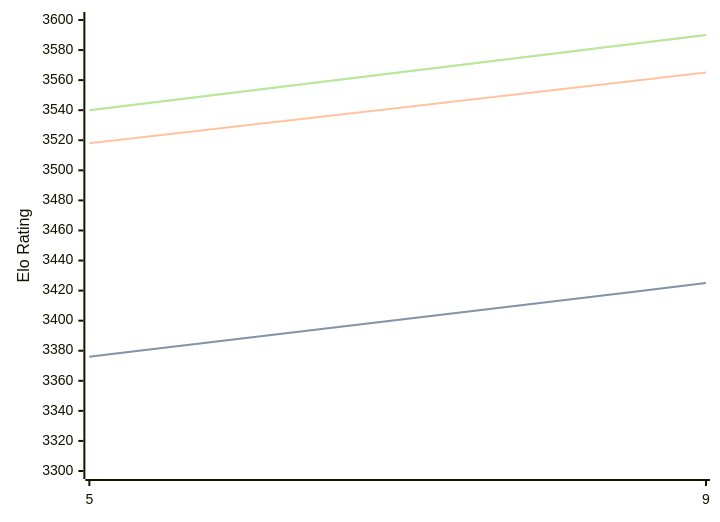
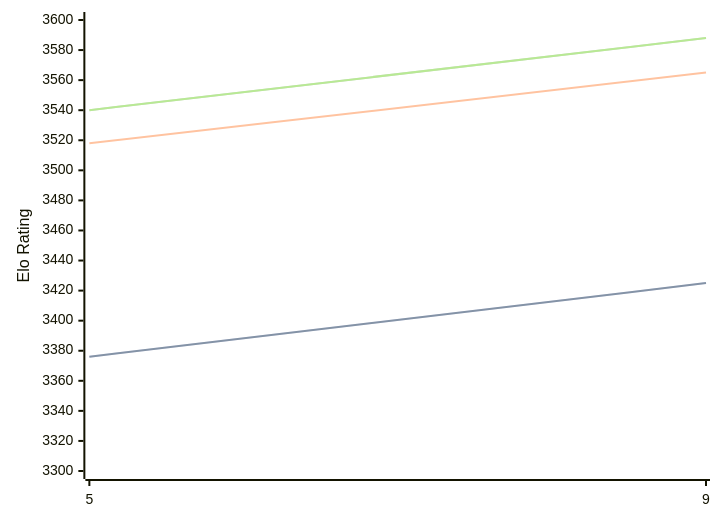
One commit to computer-chess-index/cci changed the diagram in engines/Crystal.md. Above: the diagram before and after it, drawn with Mermaid. The commit also changed other lines of this file, not shown here.

Commit message:
Update CCI Ratings (ELO VLTC) - 2026-08-24

````diff
--- a/engines/Crystal.md
+++ b/engines/Crystal.md
@@ -32,11 +32,11 @@
 ```mermaid
 %%{init: {"theme":"base","themeVariables":{"seriesColors:['#a3a3a3','#222221','#faa371']}}}%%
 xychart-beta
   x-axis ["5", "9"]
   y-axis "Elo Rating" 3300 --> 3600
   line "STC (8.0+0.08s)" [3376, 3425]
   line "STC (8.0+0.08s)" [3376, 3425]
   line "LTC (60.0+0.60s)" [3518, 3565]
-  line "VLTC (2m24s+1.12s)" [3540, 3590]
-  line "VLTC (2m24s+1.12s)" [3540, 3590]
+  line "VLTC (2m24s+1.12s)" [3540, 3588]
+  line "VLTC (2m24s+1.12s)" [3540, 3588]
 ```
````
